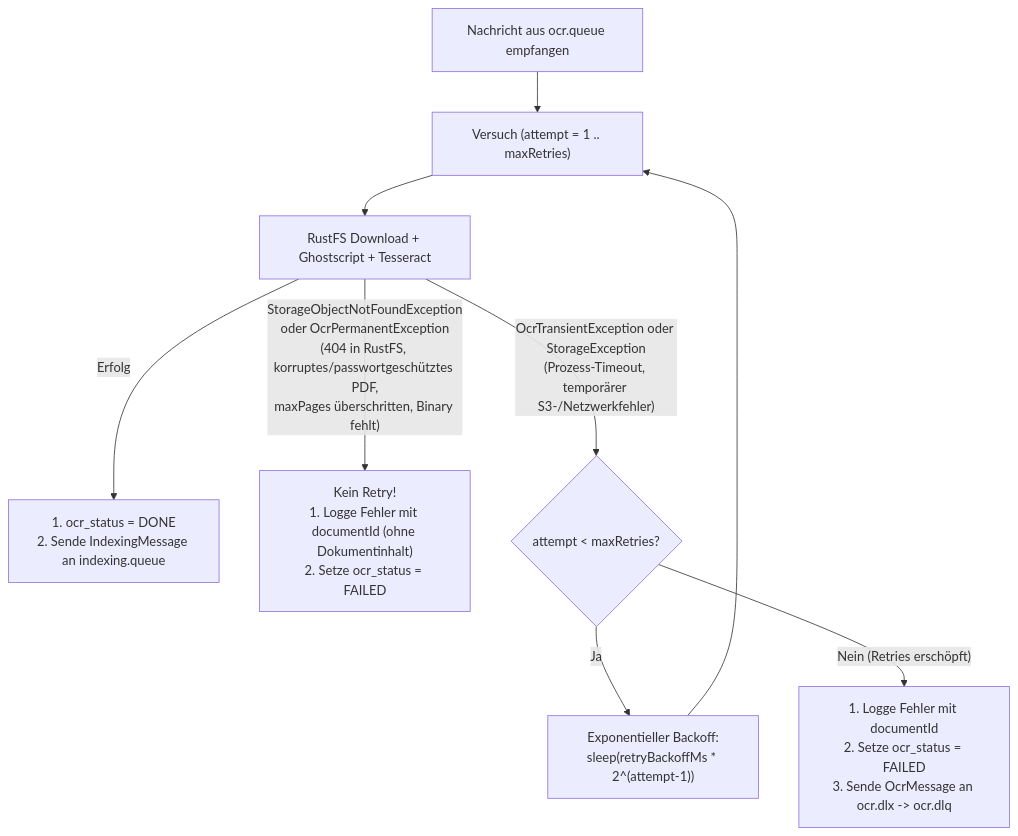
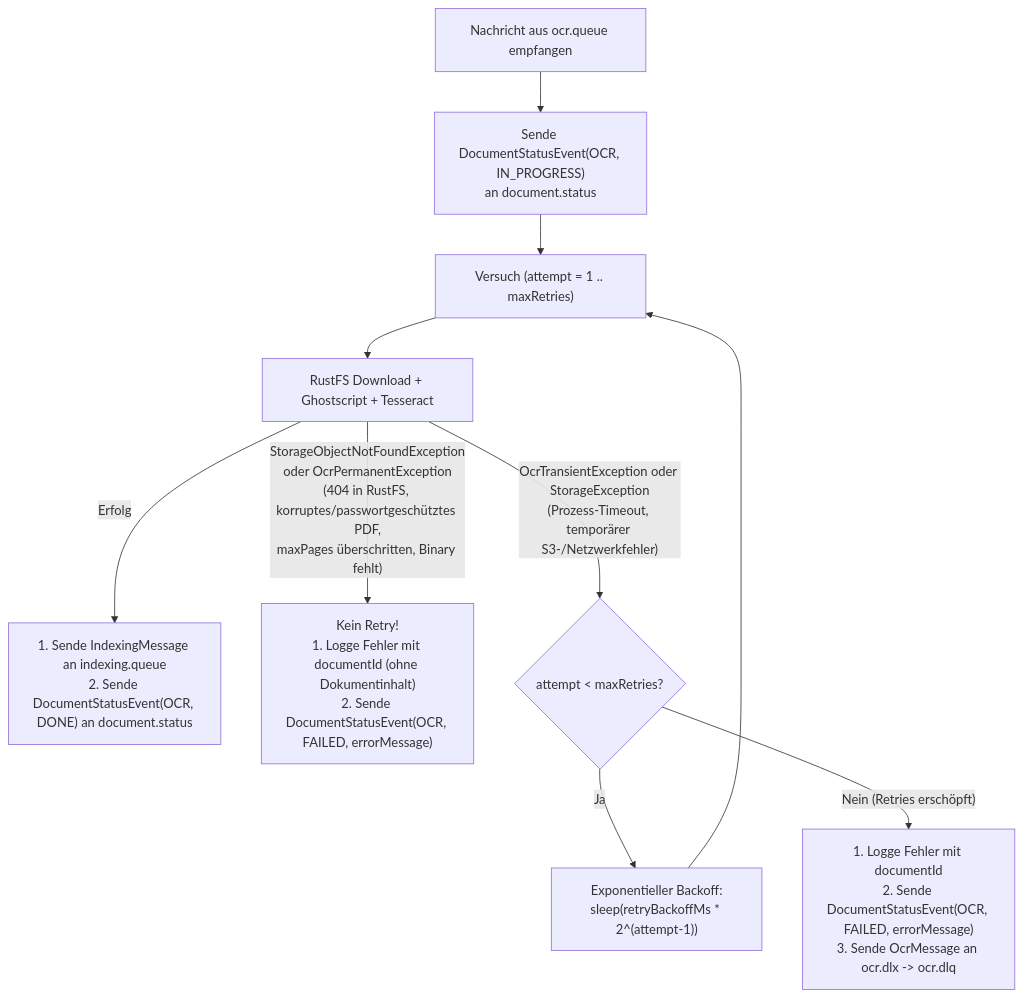
The fourth of 4 diagrams in docs/OCR_WORKER.md (Pascal07/SWEN3_Capa_Doc), drawn with Mermaid before and after one commit. The commit also changed other lines of this file and 49 other files, not shown here.

Commit message:
feat: implement document status updates with RabbitMQ integration and new processing stages

````diff
--- a/docs/OCR_WORKER.md
+++ b/docs/OCR_WORKER.md
@@ -158,16 +163,17 @@
 ```mermaid
 flowchart TD
-    Start["Nachricht aus ocr.queue empfangen"] --> TryBlock["Versuch (attempt = 1 .. maxRetries)"]
+    Start["Nachricht aus ocr.queue empfangen"] --> InProg["Sende DocumentStatusEvent(OCR, IN_PROGRESS)\nan document.status"]
+    InProg --> TryBlock["Versuch (attempt = 1 .. maxRetries)"]
     TryBlock --> Exec["RustFS Download + Ghostscript + Tesseract"]
     
-    Exec -- "Erfolg" --> Done["1. ocr_status = DONE\n2. Sende IndexingMessage an indexing.queue"]
+    Exec -- "Erfolg" --> Done["1. Sende IndexingMessage an indexing.queue\n2. Sende DocumentStatusEvent(OCR, DONE) an document.status"]
     
-    Exec -- "StorageObjectNotFoundException\noder OcrPermanentException\n(404 in RustFS, korruptes/passwortgeschütztes PDF,\nmaxPages überschritten, Binary fehlt)" --> Perm["Kein Retry!\n1. Logge Fehler mit documentId (ohne Dokumentinhalt)\n2. Setze ocr_status = FAILED"]
+    Exec -- "StorageObjectNotFoundException\noder OcrPermanentException\n(404 in RustFS, korruptes/passwortgeschütztes PDF,\nmaxPages überschritten, Binary fehlt)" --> Perm["Kein Retry!\n1. Logge Fehler mit documentId (ohne Dokumentinhalt)\n2. Sende DocumentStatusEvent(OCR, FAILED, errorMessage)"]
     
     Exec -- "OcrTransientException oder StorageException\n(Prozess-Timeout, temporärer S3-/Netzwerkfehler)" --> CheckRetry{"attempt < maxRetries?"}
     
     CheckRetry -- "Ja" --> Backoff["Exponentieller Backoff:\nsleep(retryBackoffMs * 2^(attempt-1))"]
     Backoff --> TryBlock
     
-    CheckRetry -- "Nein (Retries erschöpft)" --> Exhausted["1. Logge Fehler mit documentId\n2. Setze ocr_status = FAILED\n3. Sende OcrMessage an ocr.dlx -> ocr.dlq"]
+    CheckRetry -- "Nein (Retries erschöpft)" --> Exhausted["1. Logge Fehler mit documentId\n2. Sende DocumentStatusEvent(OCR, FAILED, errorMessage)\n3. Sende OcrMessage an ocr.dlx -> ocr.dlq"]
 ```
````
